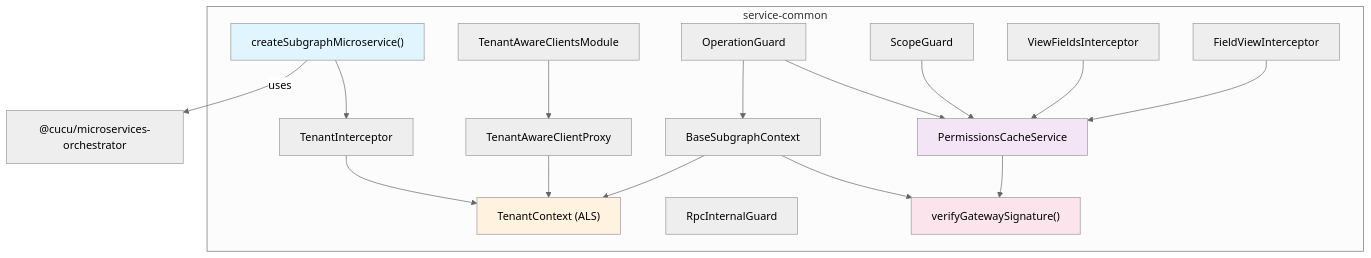
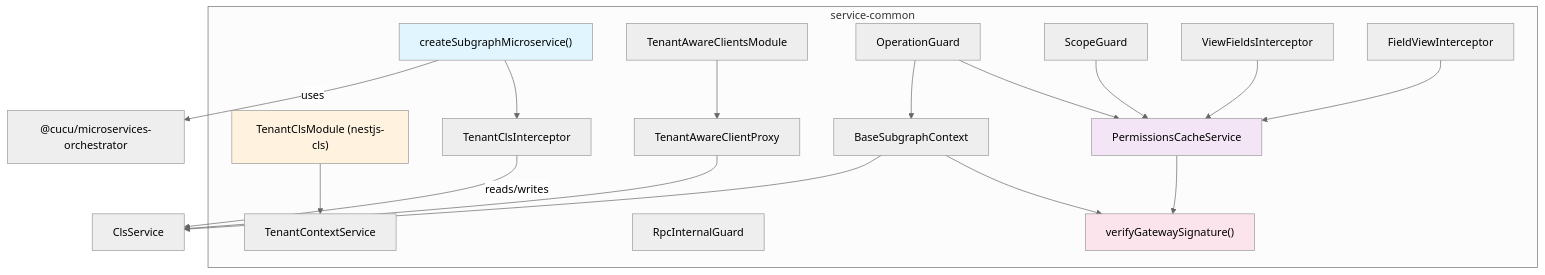
Before and after one commit to CucuProject/cucu-docs: the first of 4 diagrams in docs/shared/service-common.md, drawn with Mermaid (neutral theme). The commit also changed other lines of this file and 14 other files, not shown here.

First line of the commit message:
docs: update for nestjs-cls migration, JWT middleware, and auth orchestrator changes

````diff
--- a/docs/shared/service-common.md
+++ b/docs/shared/service-common.md
@@ -7,37 +7,39 @@
 ```mermaid
 graph TB
     subgraph "service-common"
         Bootstrap["createSubgraphMicroservice()"]
-        TenantCtx["TenantContext (ALS)"]
-        TenantInt["TenantInterceptor"]
+        TenantClsModule["TenantClsModule (nestjs-cls)"]
+        TenantCtxSvc["TenantContextService"]
+        TenantClsInt["TenantClsInterceptor"]
         TenantProxy["TenantAwareClientProxy"]
         TenantModule["TenantAwareClientsModule"]
         PermCache["PermissionsCacheService"]
         OpGuard["OperationGuard"]
         ScopeGuard["ScopeGuard"]
         RpcGuard["RpcInternalGuard"]
         ViewFields["ViewFieldsInterceptor"]
         FieldView["FieldViewInterceptor"]
         HMAC["verifyGatewaySignature()"]
         BaseCtx["BaseSubgraphContext"]
     end
 
-    Bootstrap --> TenantInt
+    Bootstrap --> TenantClsInt
     Bootstrap --> |uses| Orchestrator["@cucu/microservices-orchestrator"]
-    TenantInt --> TenantCtx
-    TenantProxy --> TenantCtx
+    TenantClsModule --> TenantCtxSvc
+    TenantClsInt --> |reads/writes| CLS["ClsService"]
+    TenantProxy --> CLS
     TenantModule --> TenantProxy
     OpGuard --> PermCache
     OpGuard --> BaseCtx
     ScopeGuard --> PermCache
     ViewFields --> PermCache
     FieldView --> PermCache
     PermCache --> HMAC
     BaseCtx --> HMAC
-    BaseCtx --> TenantCtx
+    BaseCtx --> CLS
 
     style Bootstrap fill:#e1f5fe
-    style TenantCtx fill:#fff3e0
+    style TenantClsModule fill:#fff3e0
     style PermCache fill:#f3e5f5
     style HMAC fill:#fce4ec
 ```
````
